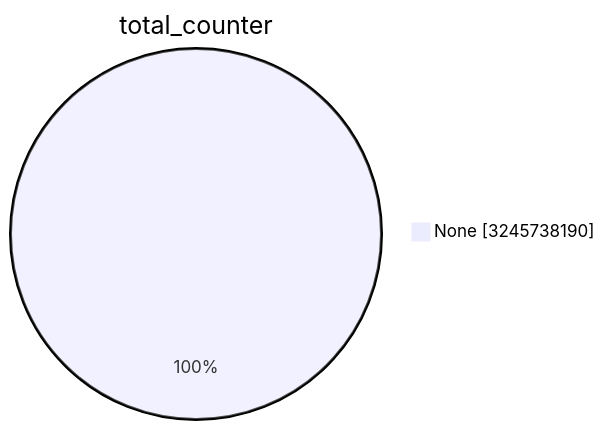
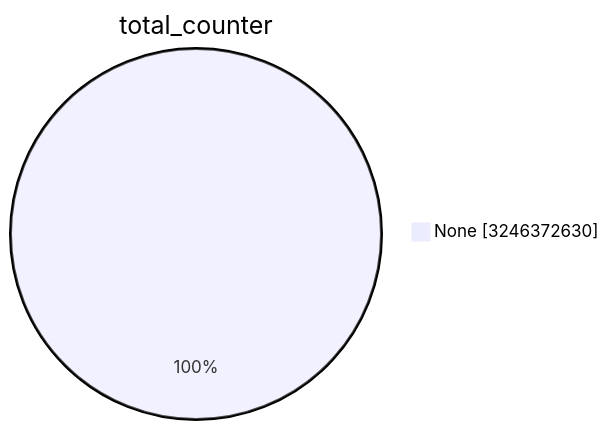
Before and after one commit to christiankrug/ctmonitor_visualization: the first of 15 diagrams in TOTAL/README.md, drawn with Mermaid. The commit also changed other lines of this file, not shown here.

````diff
--- a/TOTAL/README.md
+++ b/TOTAL/README.md
@@ -1,5 +1,5 @@
 ```mermaid
 pie showData
 title total_counter
-"None" :3245738190
+"None" :3246372630
 ```
````
